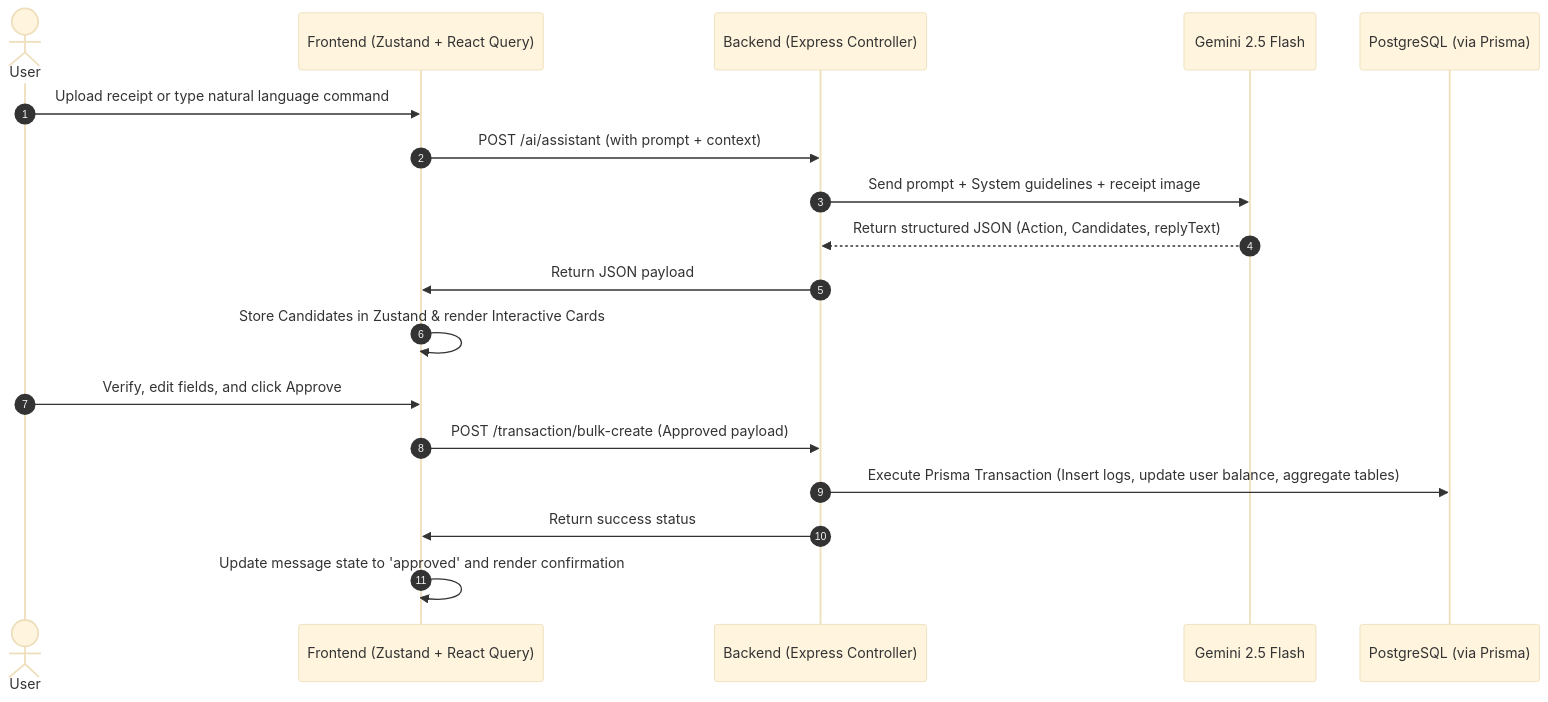
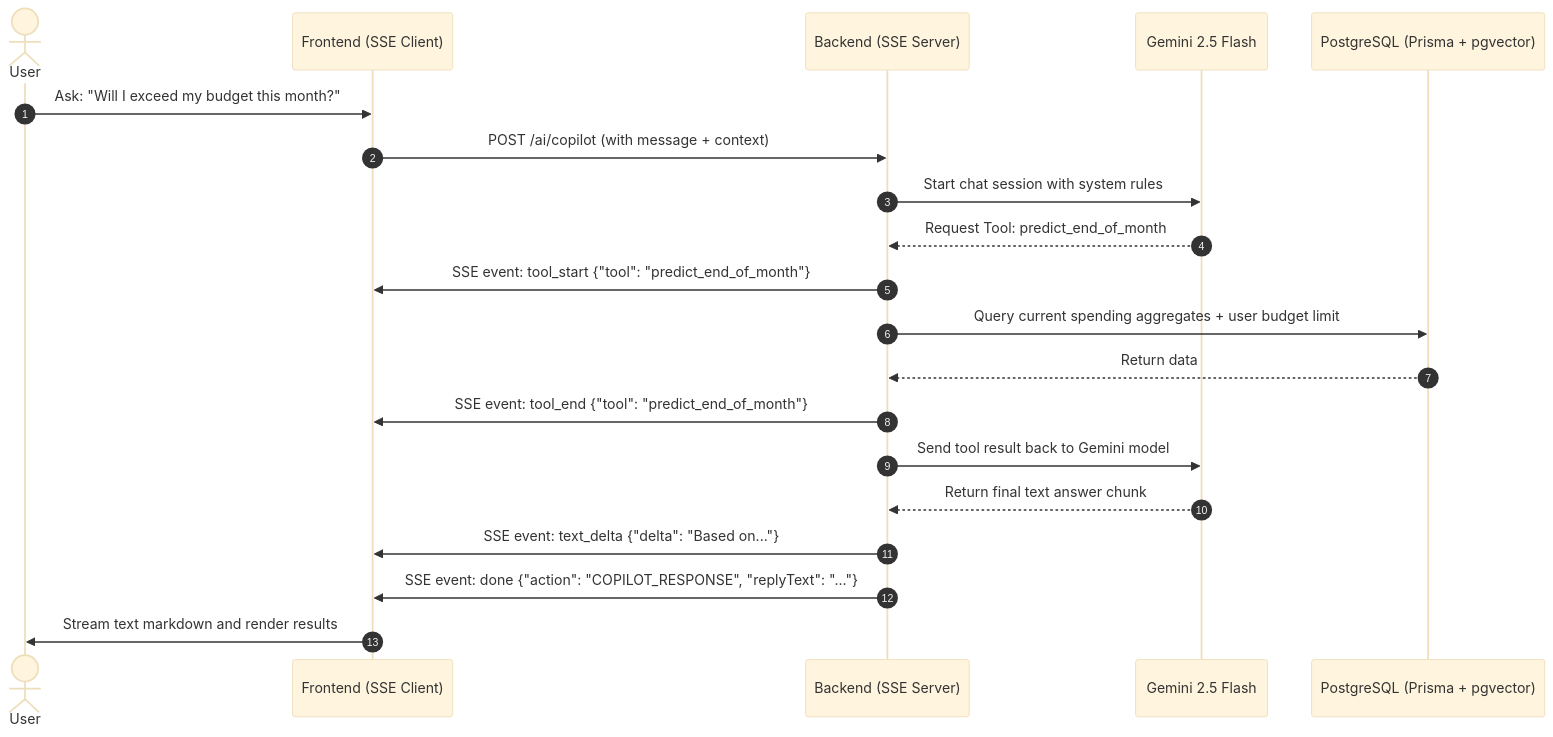
The second of 2 diagrams in README.md (7rikster/Expenser), drawn with Mermaid (base theme) before and after one commit. The commit also changed other lines of this file and 10 other files, not shown here.

````diff
--- a/README.md
+++ b/README.md
@@ -35,21 +36,23 @@
 ```mermaid
 sequenceDiagram
     autonumber
     actor User
-    participant FE as Frontend (Zustand + React Query)
-    participant BE as Backend (Express Controller)
+    participant FE as Frontend (SSE Client)
+    participant BE as Backend (SSE Server)
     participant AI as Gemini 2.5 Flash
-    participant DB as PostgreSQL (via Prisma)
+    participant DB as PostgreSQL (Prisma + pgvector)
 
-    User->>FE: Upload receipt or type natural language command
-    FE->>BE: POST /ai/assistant (with prompt + context)
-    BE->>AI: Send prompt + System guidelines + receipt image
-    AI-->>BE: Return structured JSON (Action, Candidates, replyText)
-    BE->>FE: Return JSON payload
-    FE->>FE: Store Candidates in Zustand & render Interactive Cards
-    User->>FE: Verify, edit fields, and click Approve
-    FE->>BE: POST /transaction/bulk-create (Approved payload)
-    BE->>DB: Execute Prisma Transaction (Insert logs, update user balance, aggregate tables)
-    BE->>FE: Return success status
-    FE->>FE: Update message state to 'approved' and render confirmation
+    User->>FE: Ask: "Will I exceed my budget this month?"
+    FE->>BE: POST /ai/copilot (with message + context)
+    BE->>AI: Start chat session with system rules
+    AI-->>BE: Request Tool: predict_end_of_month
+    BE->>FE: SSE event: tool_start {"tool": "predict_end_of_month"}
+    BE->>DB: Query current spending aggregates + user budget limit
+    DB-->>BE: Return data
+    BE->>FE: SSE event: tool_end {"tool": "predict_end_of_month"}
+    BE->>AI: Send tool result back to Gemini model
+    AI-->>BE: Return final text answer chunk
+    BE->>FE: SSE event: text_delta {"delta": "Based on..."}
+    BE->>FE: SSE event: done {"action": "COPILOT_RESPONSE", "replyText": "..."}
+    FE->>User: Stream text markdown and render results
 ```
````
